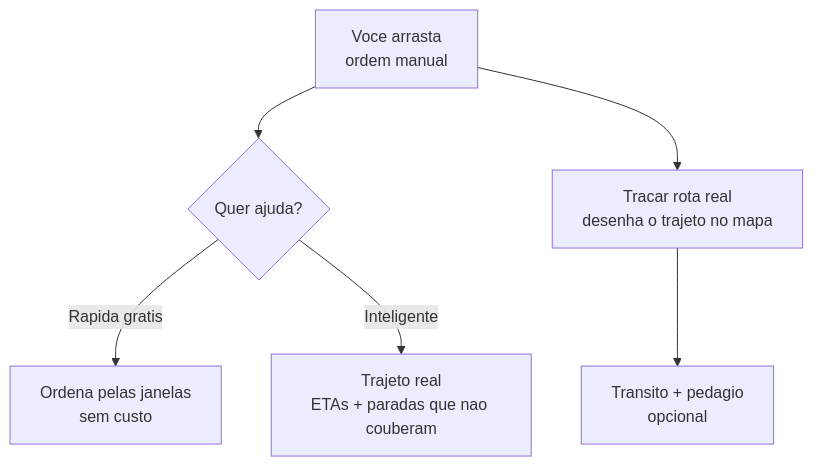
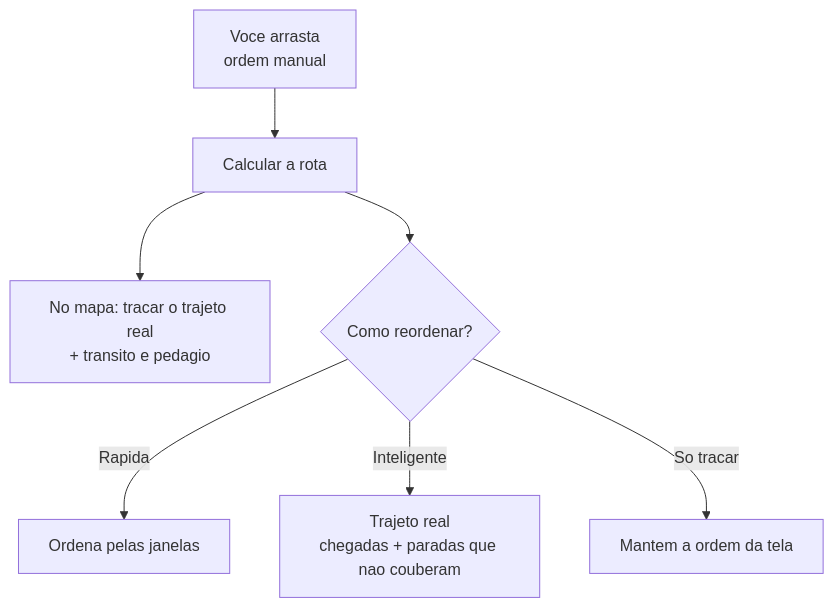
The second of 2 diagrams in logistica/planejando-o-roteiro.md (LocFlowTeam/locflow-docs), drawn with Mermaid before and after one commit. The commit also changed other lines of this file and 10 other files, not shown here.

````diff
--- a/logistica/planejando-o-roteiro.md
+++ b/logistica/planejando-o-roteiro.md
@@ -160,8 +183,9 @@
 ```mermaid
 flowchart TD
-    A[Voce arrasta<br/>ordem manual] --> B{Quer ajuda?}
-    B -->|Rapida gratis| C[Ordena pelas janelas<br/>sem custo]
-    B -->|Inteligente| D[Trajeto real<br/>ETAs + paradas que nao couberam]
-    A --> E[Tracar rota real<br/>desenha o trajeto no mapa]
-    E --> F[Transito + pedagio<br/>opcional]
+    A[Voce arrasta<br/>ordem manual] --> B[Calcular a rota]
+    B --> M[No mapa: tracar o trajeto real<br/>+ transito e pedagio]
+    B --> R{Como reordenar?}
+    R -->|Rapida| C[Ordena pelas janelas]
+    R -->|Inteligente| D[Trajeto real<br/>chegadas + paradas que nao couberam]
+    R -->|So tracar| E[Mantem a ordem da tela]
 ```
````
